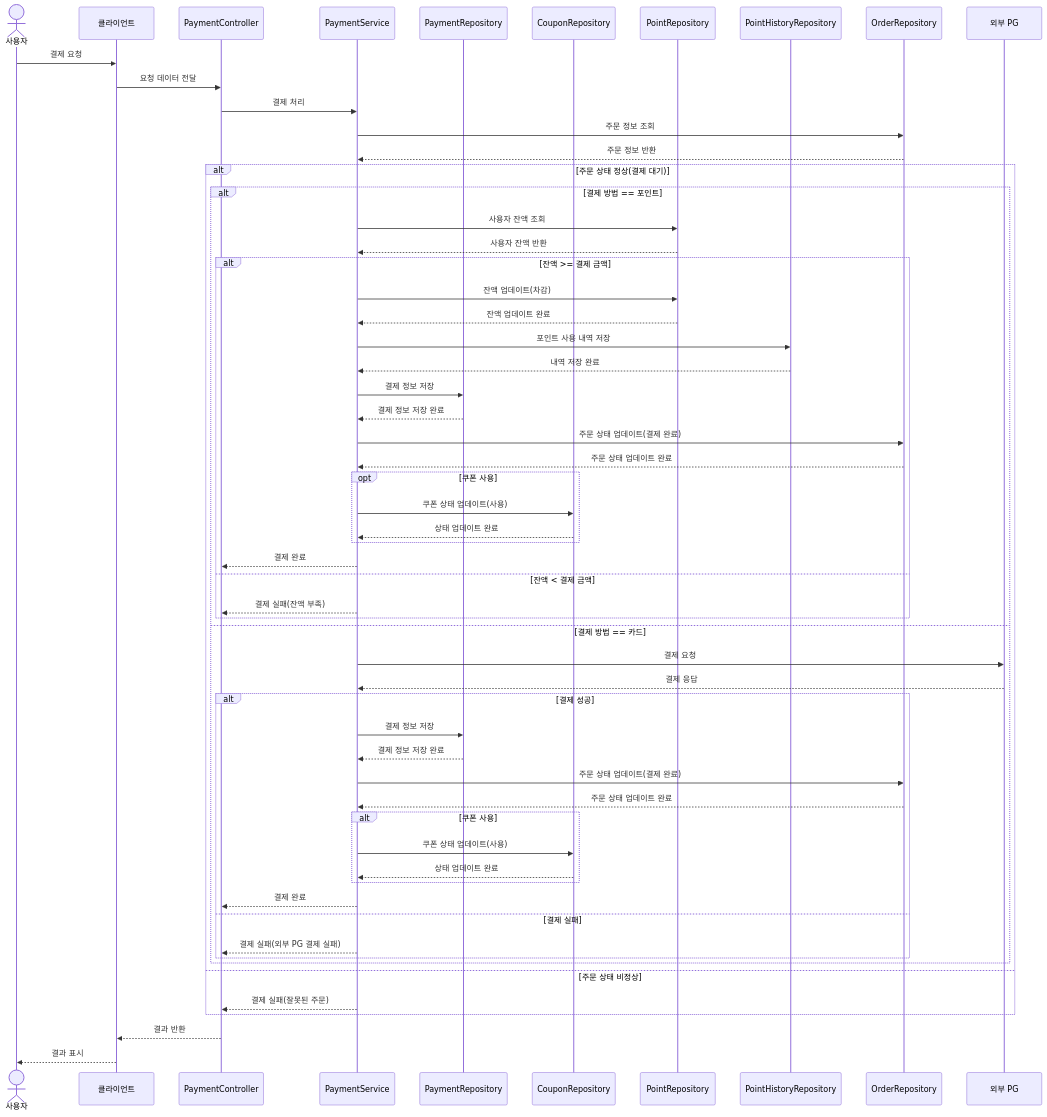
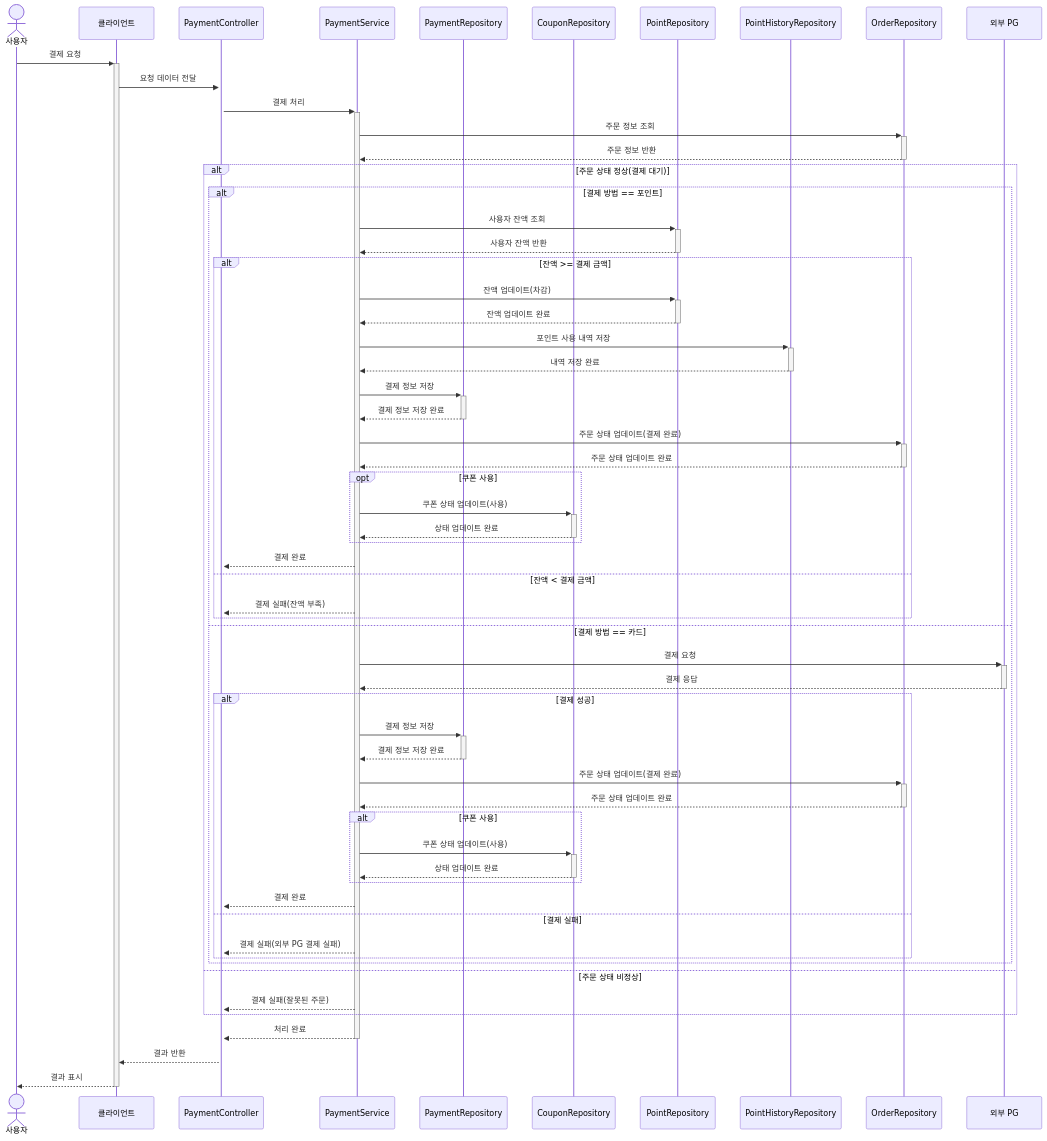
The diagram in docs/diagram/Payment-SequenceDiagram.md (letter333/hhplus-be9-commerce), drawn with Mermaid before and after one commit. The commit also changed 11 other files, not shown here.

````diff
--- a/docs/diagram/Payment-SequenceDiagram.md
+++ b/docs/diagram/Payment-SequenceDiagram.md
@@ -2,71 +2,71 @@
 ```mermaid
 sequenceDiagram
     actor User as 사용자
     participant Client as 클라이언트
     participant PaymentController
     participant PaymentService
     participant PaymentRepository
     participant CouponRepository
     participant PointRepository
     participant PointHistoryRepository
     participant OrderRepository
     participant PG as 외부 PG
     
-    User->>Client: 결제 요청
-    Client->>PaymentController: 요청 데이터 전달
-    PaymentController->>PaymentService: 결제 처리
-    PaymentService->>OrderRepository: 주문 정보 조회
-    OrderRepository-->>PaymentService: 주문 정보 반환
+    User->>+Client: 결제 요청
+    Client->>+PaymentController: 요청 데이터 전달
+    PaymentController->>+PaymentService: 결제 처리
+    PaymentService->>+OrderRepository: 주문 정보 조회
+    OrderRepository-->>-PaymentService: 주문 정보 반환
     
     alt 주문 상태 정상(결제 대기)
         alt 결제 방법 == 포인트
-            PaymentService->>PointRepository: 사용자 잔액 조회
-            PointRepository-->>PaymentService: 사용자 잔액 반환
+            PaymentService->>+PointRepository: 사용자 잔액 조회
+            PointRepository-->>-PaymentService: 사용자 잔액 반환
             alt 잔액 >= 결제 금액
-                PaymentService->>PointRepository: 잔액 업데이트(차감)
-                PointRepository-->>PaymentService: 잔액 업데이트 완료
-                PaymentService->>PointHistoryRepository: 포인트 사용 내역 저장
-                PointHistoryRepository-->>PaymentService: 내역 저장 완료
+                PaymentService->>+PointRepository: 잔액 업데이트(차감)
+                PointRepository-->>-PaymentService: 잔액 업데이트 완료
+                PaymentService->>+PointHistoryRepository: 포인트 사용 내역 저장
+                PointHistoryRepository-->>-PaymentService: 내역 저장 완료
                 
-                PaymentService->>PaymentRepository: 결제 정보 저장
-                PaymentRepository-->>PaymentService: 결제 정보 저장 완료
+                PaymentService->>+PaymentRepository: 결제 정보 저장
+                PaymentRepository-->>-PaymentService: 결제 정보 저장 완료
                 
-                PaymentService->>OrderRepository: 주문 상태 업데이트(결제 완료)
-                OrderRepository-->>PaymentService: 주문 상태 업데이트 완료
+                PaymentService->>+OrderRepository: 주문 상태 업데이트(결제 완료)
+                OrderRepository-->>-PaymentService: 주문 상태 업데이트 완료
                 
                 opt 쿠폰 사용
-                    PaymentService->>CouponRepository: 쿠폰 상태 업데이트(사용)
-                    CouponRepository-->>PaymentService: 상태 업데이트 완료
+                    PaymentService->>+CouponRepository: 쿠폰 상태 업데이트(사용)
+                    CouponRepository-->>-PaymentService: 상태 업데이트 완료
                 end
                 
                 PaymentService-->>PaymentController: 결제 완료
             else 잔액 < 결제 금액
                 PaymentService-->>PaymentController: 결제 실패(잔액 부족)
             end
         else 결제 방법 == 카드
-            PaymentService->>PG: 결제 요청
-            PG-->>PaymentService: 결제 응답
+            PaymentService->>+PG: 결제 요청
+            PG-->>-PaymentService: 결제 응답
             alt 결제 성공
-                PaymentService->>PaymentRepository: 결제 정보 저장
-                PaymentRepository-->>PaymentService: 결제 정보 저장 완료
+                PaymentService->>+PaymentRepository: 결제 정보 저장
+                PaymentRepository-->>-PaymentService: 결제 정보 저장 완료
 
-                PaymentService->>OrderRepository: 주문 상태 업데이트(결제 완료)
-                OrderRepository-->>PaymentService: 주문 상태 업데이트 완료
+                PaymentService->>+OrderRepository: 주문 상태 업데이트(결제 완료)
+                OrderRepository-->>-PaymentService: 주문 상태 업데이트 완료
 
                 alt 쿠폰 사용
-                    PaymentService->>CouponRepository: 쿠폰 상태 업데이트(사용)
-                    CouponRepository-->>PaymentService: 상태 업데이트 완료
+                    PaymentService->>+CouponRepository: 쿠폰 상태 업데이트(사용)
+                    CouponRepository-->>-PaymentService: 상태 업데이트 완료
                 end
 
                 PaymentService-->>PaymentController: 결제 완료
             else 결제 실패
                 PaymentService-->>PaymentController: 결제 실패(외부 PG 결제 실패)
             end
         end
     else 주문 상태 비정상
         PaymentService-->>PaymentController: 결제 실패(잘못된 주문)
     end
-    
+    PaymentService-->>-PaymentController: 처리 완료
     PaymentController-->>Client: 결과 반환
-    Client-->>User: 결과 표시
+    Client-->>-User: 결과 표시
 ```
````
